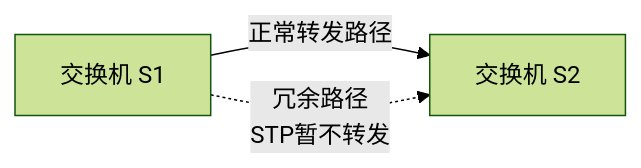
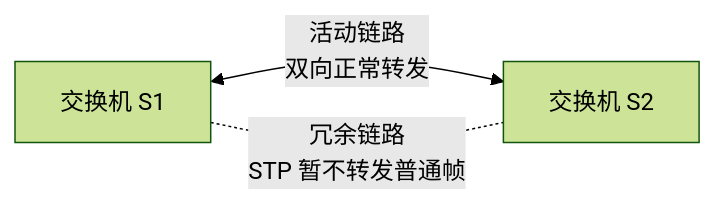
Before and after one commit to 74262195/system-architect-notes: the second of 3 diagrams in 01_综合知识/01_计算机系统基础知识/03_计算机网络/04_局域网与二层技术/STP与链路聚合.md, drawn with Mermaid (forest theme). The commit also changed other lines of this file, not shown here.

Commit message:
docs: fix STP diagram directionality

````diff
--- a/01_综合知识/01_计算机系统基础知识/03_计算机网络/04_局域网与二层技术/STP与链路聚合.md
+++ b/01_综合知识/01_计算机系统基础知识/03_计算机网络/04_局域网与二层技术/STP与链路聚合.md
@@ -85,5 +87,5 @@
 ```mermaid
 flowchart LR
-    S1[交换机 S1] -->|正常转发路径| S2[交换机 S2]
-    S1 -.->|冗余路径<br/>STP暂不转发| S2
+    S1[交换机 S1] <-->|活动链路<br/>双向正常转发| S2[交换机 S2]
+    S1 -.-|冗余链路<br/>STP 暂不转发普通帧| S2
 ```
````
